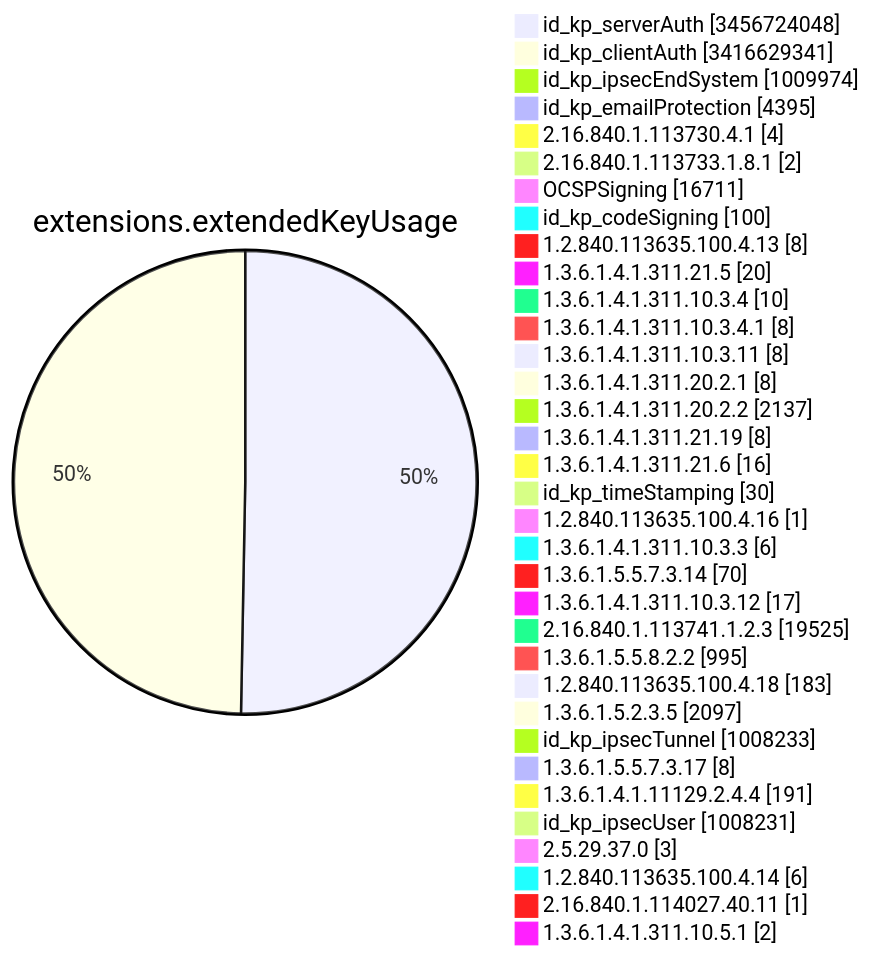
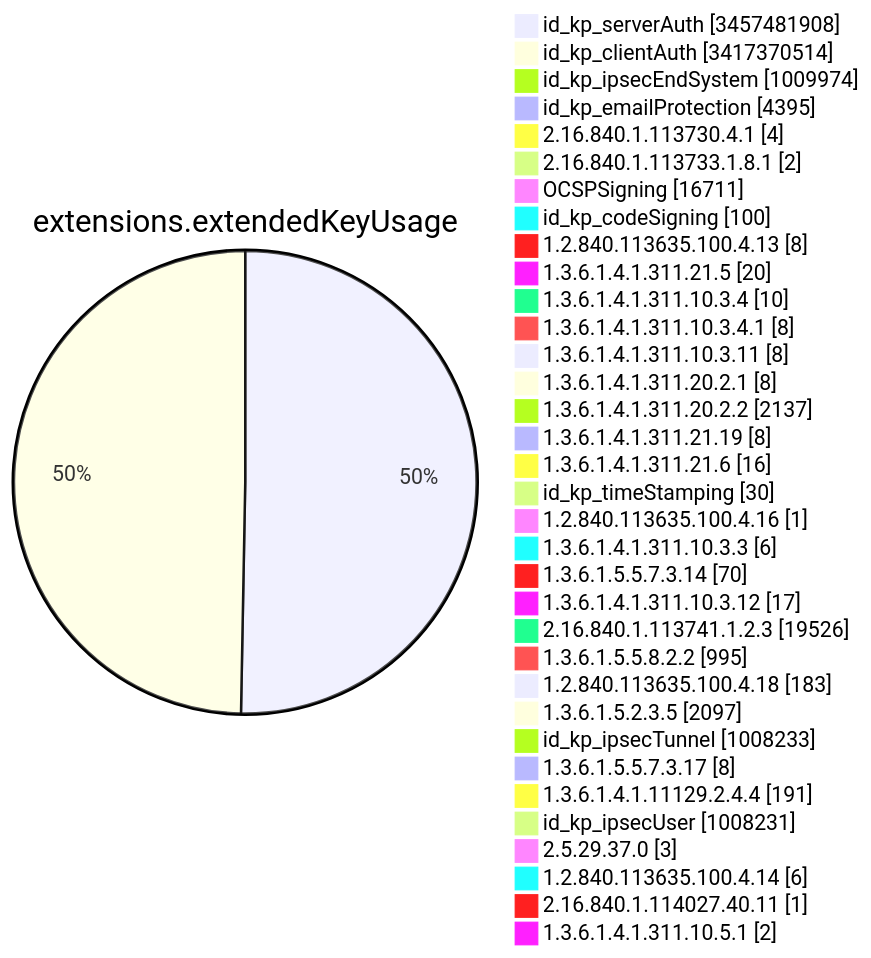
Before and after one commit to christiankrug/ctmonitor_visualization: diagram 11 of 15 in TOTAL/README.md, drawn with Mermaid. The commit also changed other lines of this file, not shown here.

````diff
--- a/TOTAL/README.md
+++ b/TOTAL/README.md
@@ -4123,38 +4123,38 @@
 ```mermaid
 pie showData
 title extensions.extendedKeyUsage
-"id_kp_serverAuth" :3456724048
-"id_kp_clientAuth" :3416629341
+"id_kp_serverAuth" :3457481908
+"id_kp_clientAuth" :3417370514
 "id_kp_ipsecEndSystem" :1009974
 "id_kp_emailProtection" :4395
 "2.16.840.1.113730.4.1" :4
 "2.16.840.1.113733.1.8.1" :2
 "OCSPSigning" :16711
 "id_kp_codeSigning" :100
 "1.2.840.113635.100.4.13" :8
 "1.3.6.1.4.1.311.21.5" :20
 "1.3.6.1.4.1.311.10.3.4" :10
 "1.3.6.1.4.1.311.10.3.4.1" :8
 "1.3.6.1.4.1.311.10.3.11" :8
 "1.3.6.1.4.1.311.20.2.1" :8
 "1.3.6.1.4.1.311.20.2.2" :2137
 "1.3.6.1.4.1.311.21.19" :8
 "1.3.6.1.4.1.311.21.6" :16
 "id_kp_timeStamping" :30
 "1.2.840.113635.100.4.16" :1
 "1.3.6.1.4.1.311.10.3.3" :6
 "1.3.6.1.5.5.7.3.14" :70
 "1.3.6.1.4.1.311.10.3.12" :17
-"2.16.840.1.113741.1.2.3" :19525
+"2.16.840.1.113741.1.2.3" :19526
 "1.3.6.1.5.5.8.2.2" :995
 "1.2.840.113635.100.4.18" :183
 "1.3.6.1.5.2.3.5" :2097
 "id_kp_ipsecTunnel" :1008233
 "1.3.6.1.5.5.7.3.17" :8
 "1.3.6.1.4.1.11129.2.4.4" :191
 "id_kp_ipsecUser" :1008231
 "2.5.29.37.0" :3
 "1.2.840.113635.100.4.14" :6
 "2.16.840.1.114027.40.11" :1
 "1.3.6.1.4.1.311.10.5.1" :2
 ```
````
